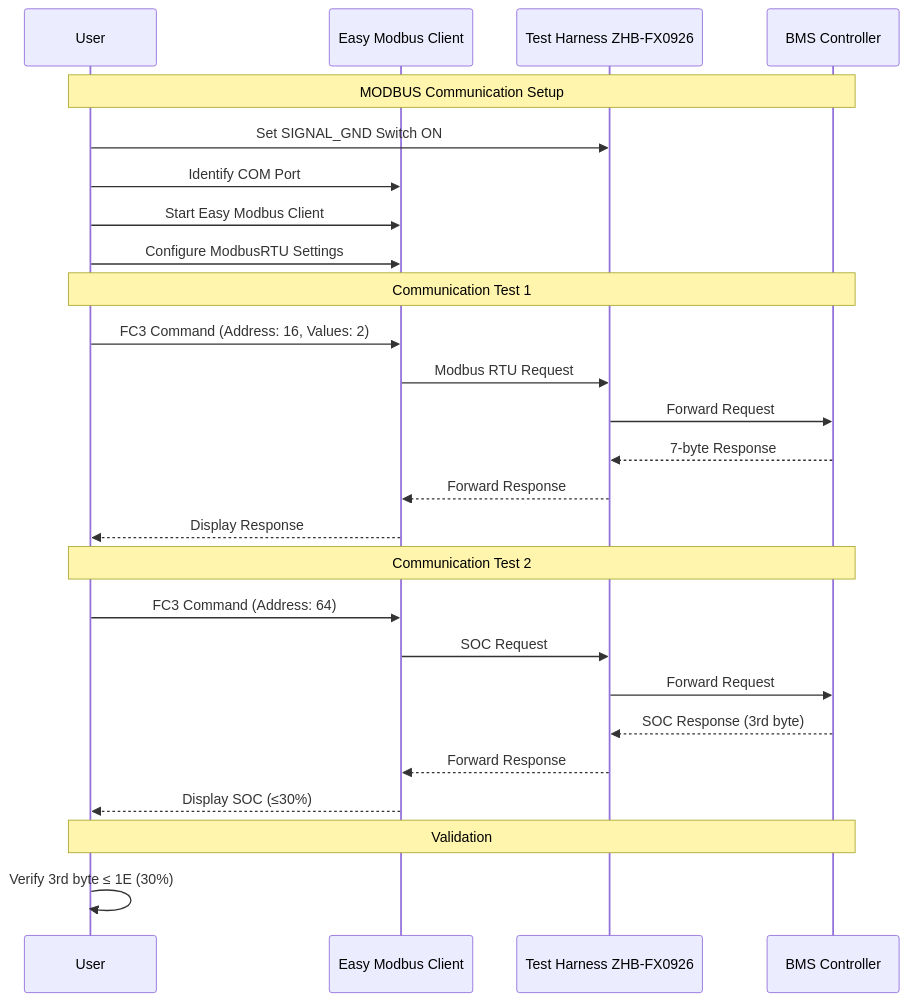
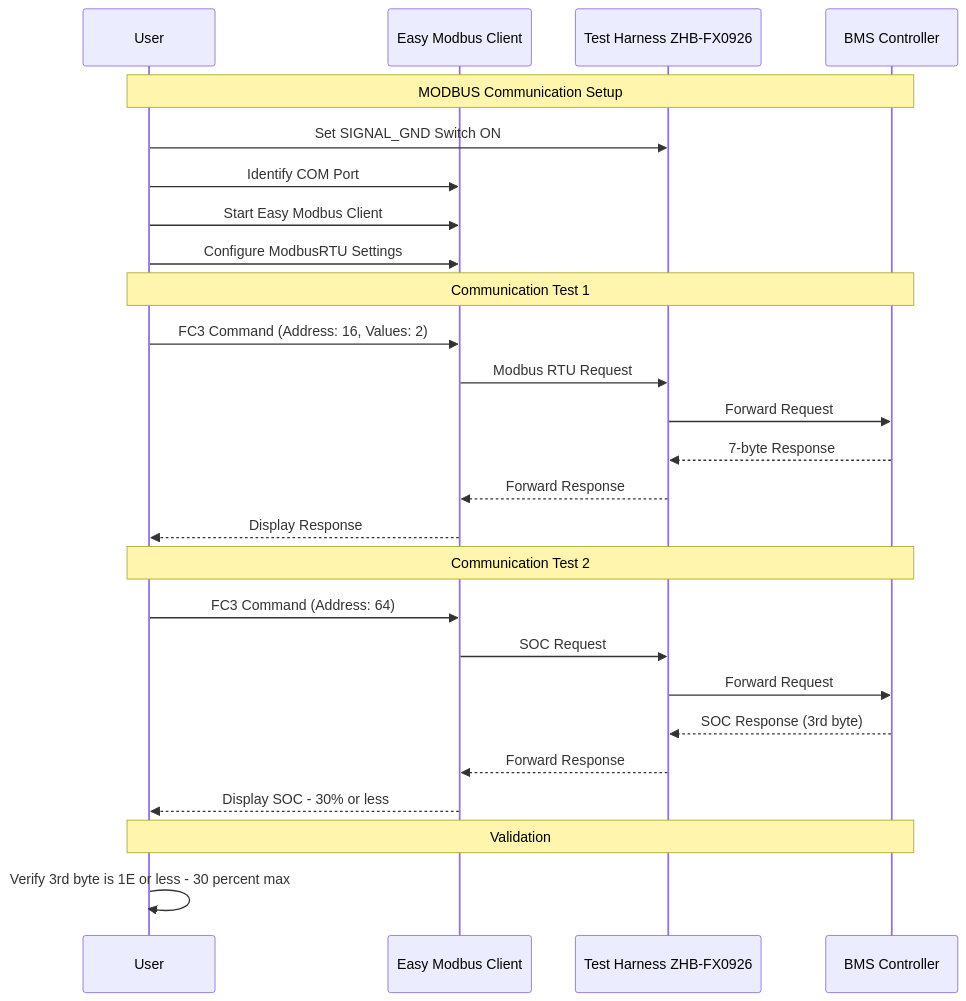
The third of 6 diagrams in projects/GA_Modbus_Sim/docs/mti/MTI-102284-05-diagram.md (custompowerllc/claude-flow), drawn with Mermaid before and after one commit. The commit also changed other lines of this file and 16 other files, not shown here.

````diff
--- a/projects/GA_Modbus_Sim/docs/mti/MTI-102284-05-diagram.md
+++ b/projects/GA_Modbus_Sim/docs/mti/MTI-102284-05-diagram.md
@@ -105,33 +105,33 @@
 ```mermaid
 sequenceDiagram
     participant User
     participant EMC as Easy Modbus Client
     participant TH as Test Harness ZHB-FX0926
     participant BMS as BMS Controller
     
     Note over User,BMS: MODBUS Communication Setup
     
     User->>TH: Set SIGNAL_GND Switch ON
     User->>EMC: Identify COM Port
     User->>EMC: Start Easy Modbus Client
     User->>EMC: Configure ModbusRTU Settings
     
     Note over User,BMS: Communication Test 1
     User->>EMC: FC3 Command (Address: 16, Values: 2)
     EMC->>TH: Modbus RTU Request
     TH->>BMS: Forward Request
     BMS-->>TH: 7-byte Response
     TH-->>EMC: Forward Response
     EMC-->>User: Display Response
     
     Note over User,BMS: Communication Test 2
     User->>EMC: FC3 Command (Address: 64)
     EMC->>TH: SOC Request
     TH->>BMS: Forward Request
     BMS-->>TH: SOC Response (3rd byte)
     TH-->>EMC: Forward Response
-    EMC-->>User: Display SOC (≤30%)
+    EMC-->>User: Display SOC - 30% or less
     
     Note over User,BMS: Validation
-    User->>User: Verify 3rd byte ≤ 1E (30%)
+    User->>User: Verify 3rd byte is 1E or less - 30 percent max
 ```
````
